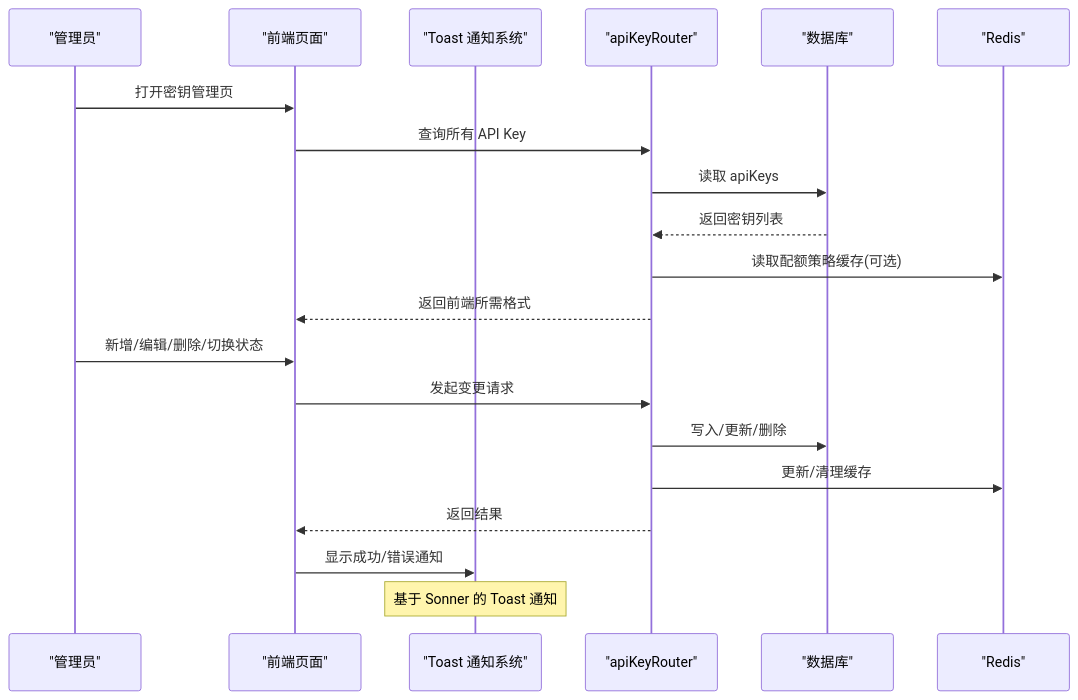
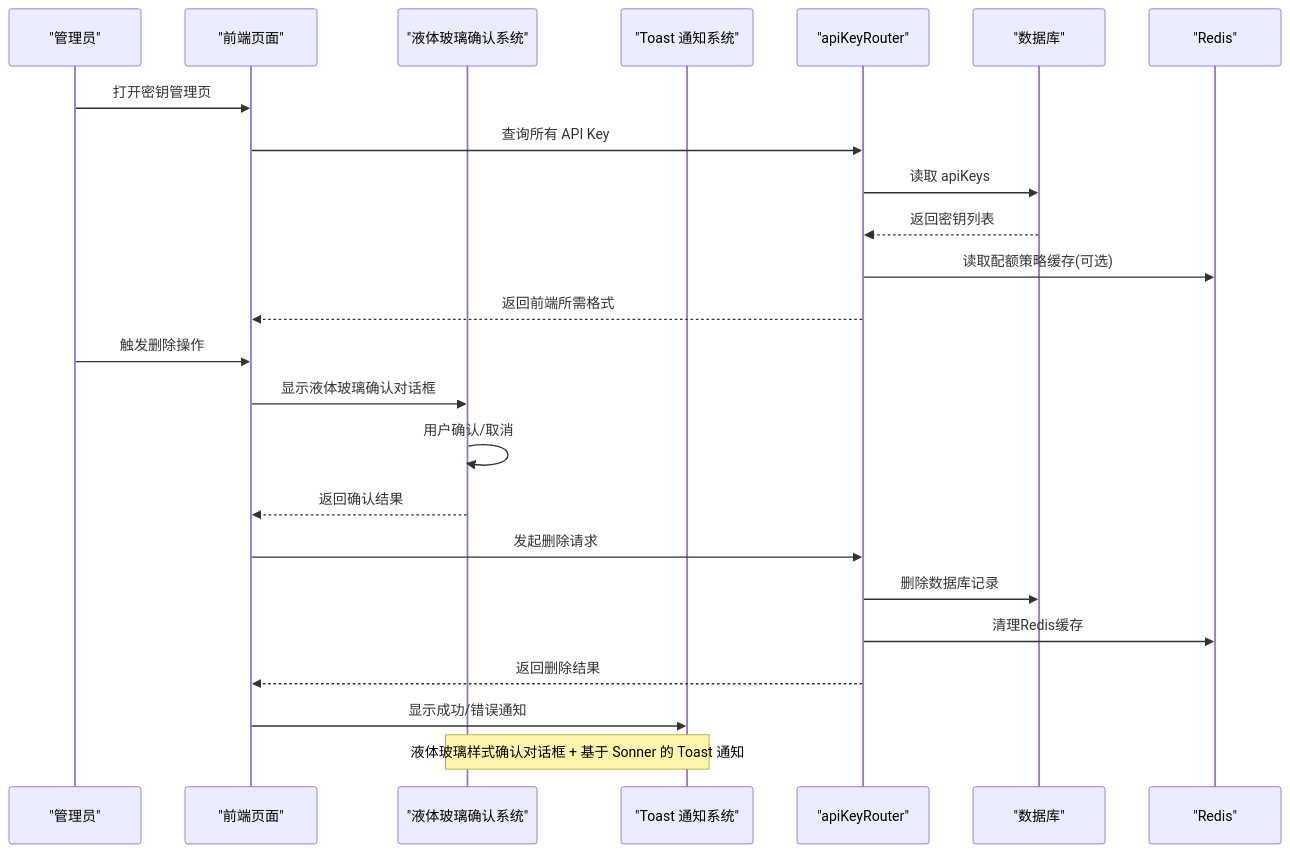
One commit to RadiumAg/AIGate changed the second of 9 diagrams in .qoder/repowiki/zh/content/核心功能/API Key 管理.md. Above: the diagram before and after it, drawn with Mermaid. The commit also changed other lines of this file and 3 other files, not shown here.

````diff
--- a/.qoder/repowiki/zh/content/核心功能/API Key 管理.md
+++ b/.qoder/repowiki/zh/content/核心功能/API Key 管理.md
@@ -110,22 +122,26 @@
 ```mermaid
 sequenceDiagram
 participant Admin as "管理员"
 participant UI as "前端页面"
+participant Confirm as "液体玻璃确认系统"
 participant Toast as "Toast 通知系统"
 participant API as "apiKeyRouter"
 participant DB as "数据库"
 participant Cache as "Redis"
 Admin->>UI : 打开密钥管理页
 UI->>API : 查询所有 API Key
 API->>DB : 读取 apiKeys
 DB-->>API : 返回密钥列表
 API->>Cache : 读取配额策略缓存(可选)
 API-->>UI : 返回前端所需格式
-Admin->>UI : 新增/编辑/删除/切换状态
-UI->>API : 发起变更请求
-API->>DB : 写入/更新/删除
-API->>Cache : 更新/清理缓存
-API-->>UI : 返回结果
+Admin->>UI : 触发删除操作
+UI->>Confirm : 显示液体玻璃确认对话框
+Confirm->>Confirm : 用户确认/取消
+Confirm-->>UI : 返回确认结果
+UI->>API : 发起删除请求
+API->>DB : 删除数据库记录
+API->>Cache : 清理Redis缓存
+API-->>UI : 返回删除结果
 UI->>Toast : 显示成功/错误通知
-Note over Toast : 基于 Sonner 的 Toast 通知
+Note over Confirm,Toast : 液体玻璃样式确认对话框 + 基于 Sonner 的 Toast 通知
 ```
````
